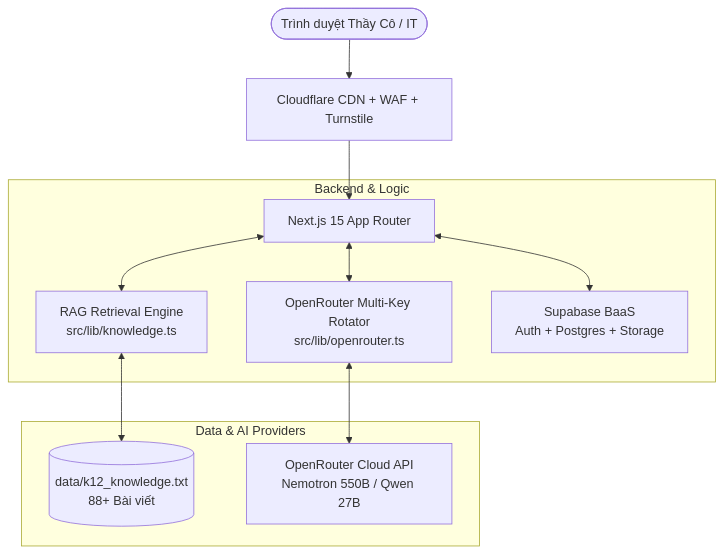
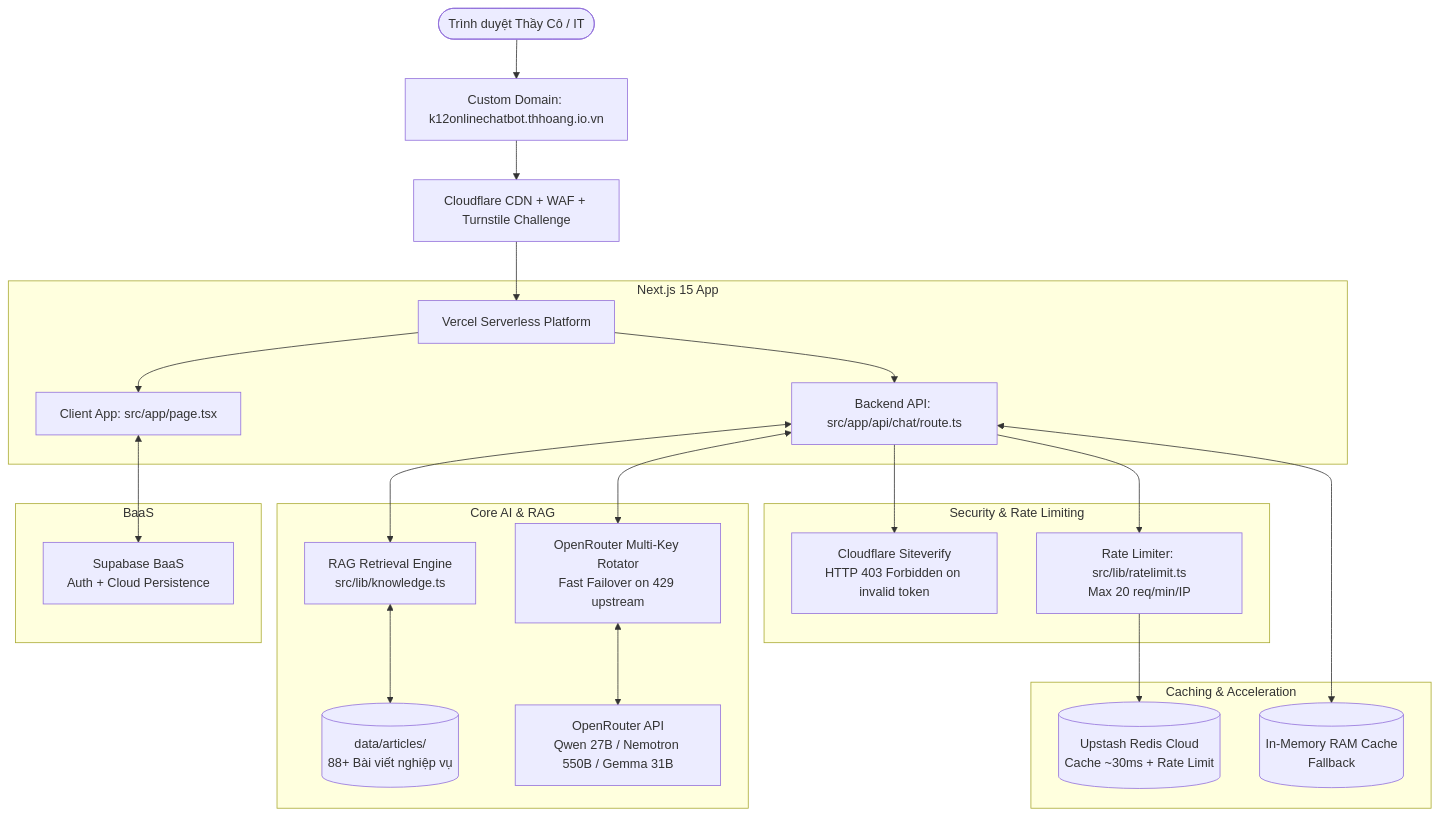
The diagram in TECHSTACK.md (thieuhoang2002/K12Online_Chatbot), drawn with Mermaid before and after one commit. The commit also changed other lines of this file and 7 other files, not shown here.

````diff
--- a/TECHSTACK.md
+++ b/TECHSTACK.md
@@ -5,16 +5,32 @@
 ```mermaid
 flowchart TD
-    Client([Trình duyệt Thầy Cô / IT]) --> CF[Cloudflare CDN + WAF + Turnstile]
-    CF --> NextApp[Next.js 15 App Router]
+    Client([Trình duyệt Thầy Cô / IT]) --> Domain[Custom Domain: k12onlinechatbot.thhoang.io.vn]
+    Domain --> CF[Cloudflare CDN + WAF + Turnstile Challenge]
+    CF --> Vercel[Vercel Serverless Platform]
     
-    subgraph Backend & Logic
-        NextApp <--> RAG[RAG Retrieval Engine\nsrc/lib/knowledge.ts]
-        NextApp <--> Rotator[OpenRouter Multi-Key Rotator\nsrc/lib/openrouter.ts]
-        NextApp <--> Supabase[Supabase BaaS\nAuth + Postgres + Storage]
+    subgraph Next.js 15 App
+        Vercel --> Page[Client App: src/app/page.tsx]
+        Vercel --> APIRoute[Backend API: src/app/api/chat/route.ts]
     end
 
-    subgraph Data & AI Providers
-        RAG <--> Data[(data/k12_knowledge.txt\n88+ Bài viết)]
-        Rotator <--> OpenRouterAPI[OpenRouter Cloud API\nNemotron 550B / Qwen 27B]
+    subgraph Security & Rate Limiting
+        APIRoute --> TurnstileVerify[Cloudflare Siteverify\nHTTP 403 Forbidden on invalid token]
+        APIRoute --> RateLimiter[Rate Limiter: src/lib/ratelimit.ts\nMax 20 req/min/IP]
+    end
+
+    subgraph Caching & Acceleration
+        RateLimiter --> Redis[(Upstash Redis Cloud\nCache ~30ms + Rate Limit)]
+        APIRoute <--> LocalRAM[(In-Memory RAM Cache\nFallback)]
+    end
+
+    subgraph Core AI & RAG
+        APIRoute <--> RAG[RAG Retrieval Engine\nsrc/lib/knowledge.ts]
+        RAG <--> Articles[(data/articles/\n88+ Bài viết nghiệp vụ)]
+        APIRoute <--> Rotator[OpenRouter Multi-Key Rotator\nFast Failover on 429 upstream]
+        Rotator <--> LLM[OpenRouter API\nQwen 27B / Nemotron 550B / Gemma 31B]
+    end
+
+    subgraph BaaS
+        Page <--> Supabase[Supabase BaaS\nAuth + Cloud Persistence]
     end
 ```
````
